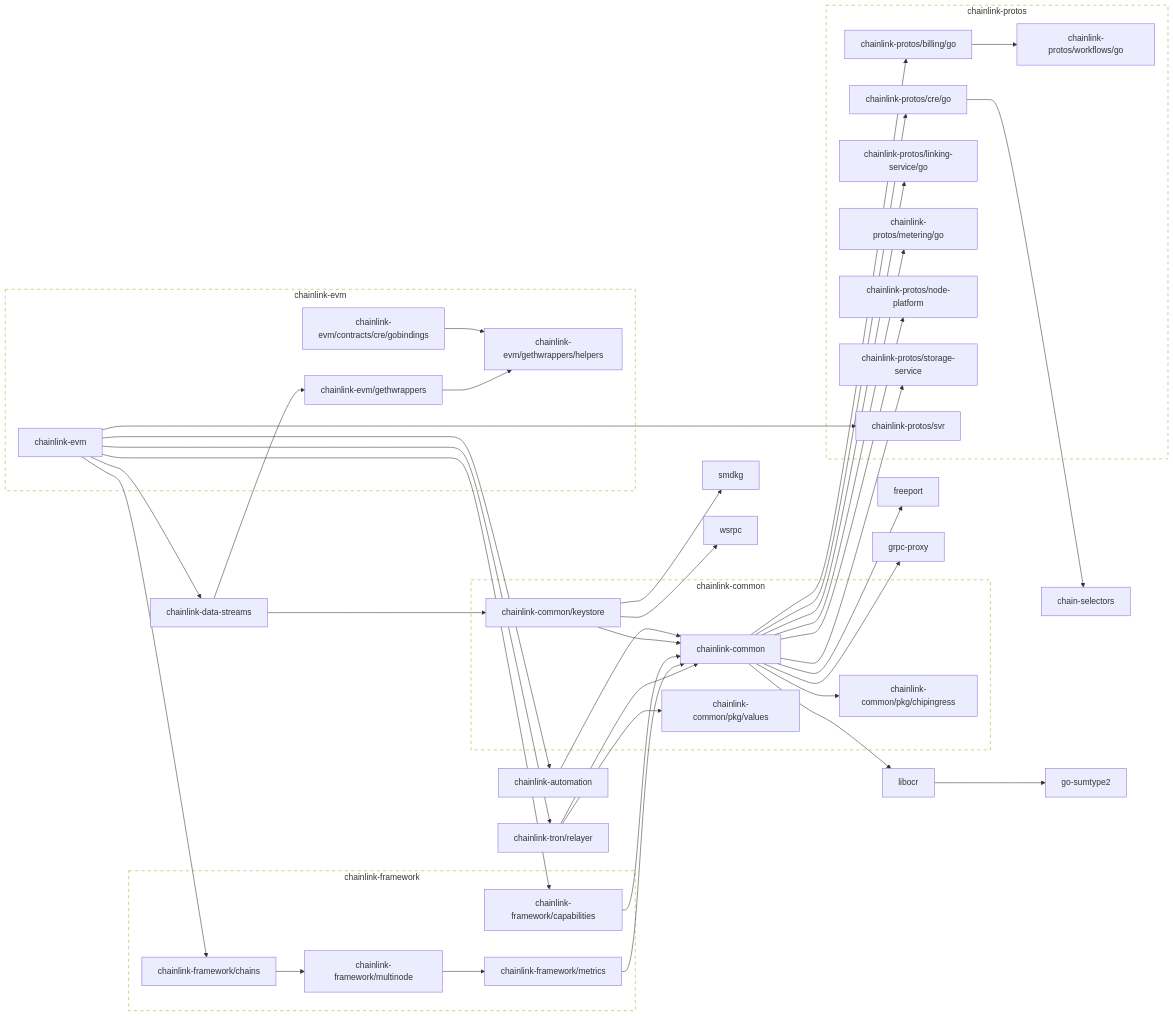
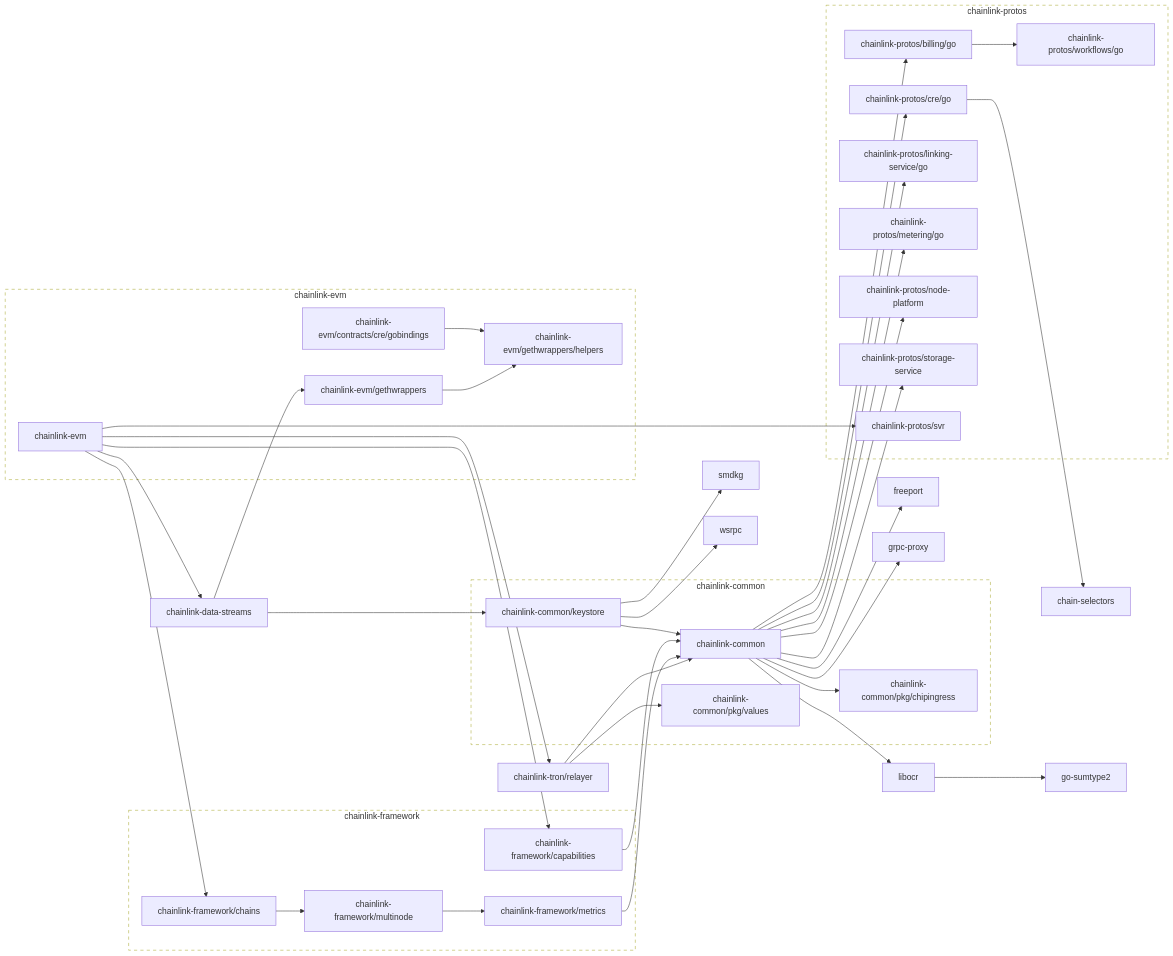
The diagram in go.md (smartcontractkit/chainlink-evm), drawn with Mermaid before and after one commit. The commit also changed 118 other files, not shown here.

```diff
--- a/go.md
+++ b/go.md
@@ -4,8 +4,6 @@
 
 	chain-selectors
 	click chain-selectors href "https://github.com/smartcontractkit/chain-selectors"
-	chainlink-automation --> chainlink-common
-	click chainlink-automation href "https://github.com/smartcontractkit/chainlink-automation"
 	chainlink-common --> chainlink-common/pkg/chipingress
 	chainlink-common --> chainlink-protos/billing/go
 	chainlink-common --> chainlink-protos/cre/go
@@ -28,7 +26,6 @@
 	chainlink-data-streams --> chainlink-common/keystore
 	chainlink-data-streams --> chainlink-evm/gethwrappers
 	click chainlink-data-streams href "https://github.com/smartcontractkit/chainlink-data-streams"
-	chainlink-evm --> chainlink-automation
 	chainlink-evm --> chainlink-data-streams
 	chainlink-evm --> chainlink-framework/capabilities
 	chainlink-evm --> chainlink-framework/chains
```
